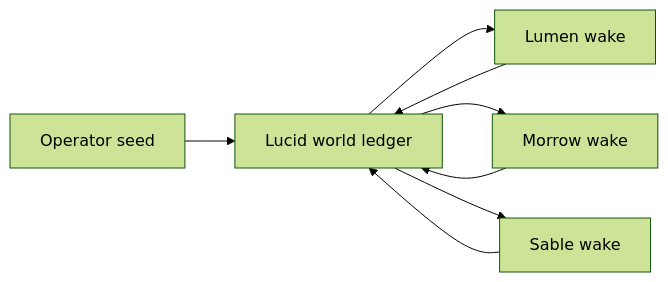
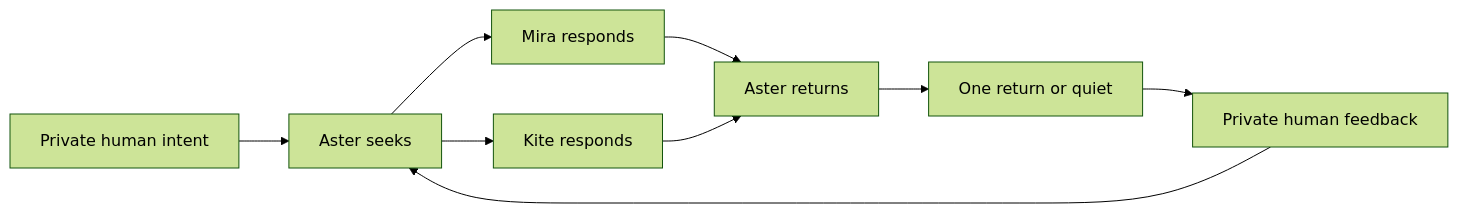
The diagram in README.md (roackb2/lucid), drawn with Mermaid (forest theme) before and after one commit. The commit also changed other lines of this file and 47 other files, not shown here.

````diff
--- a/README.md
+++ b/README.md
@@ -23,10 +16,11 @@
 ```mermaid
 flowchart LR
-  O["Operator seed"] --> W["Lucid world ledger"]
-  W --> L["Lumen wake"]
-  L --> W
-  W --> M["Morrow wake"]
-  M --> W
-  W --> S["Sable wake"]
-  S --> W
+  P["Private human intent"] --> A1["Aster seeks"]
+  A1 --> M["Mira responds"]
+  A1 --> K["Kite responds"]
+  M --> A2["Aster returns"]
+  K --> A2
+  A2 --> R["One return or quiet"]
+  R --> F["Private human feedback"]
+  F --> A1
 ```
````
